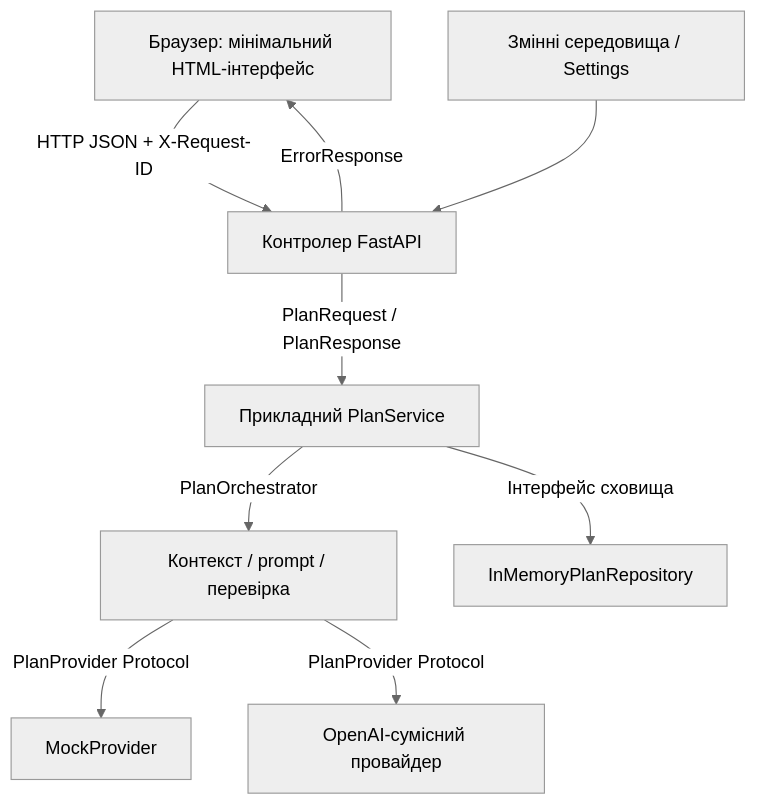
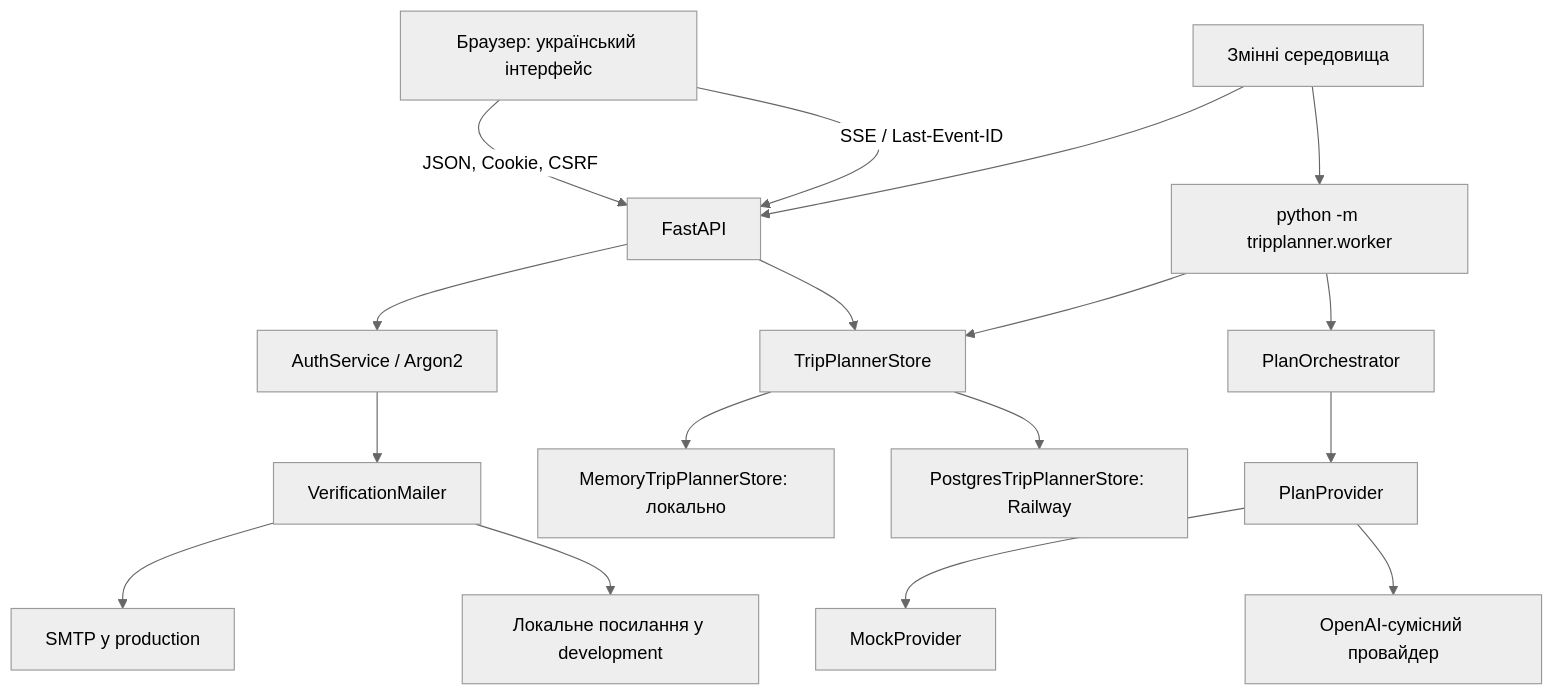
One commit to BobaBobus123/TripPlanner-AI changed the second of 2 diagrams in docs/architecture.md. Above: the diagram before and after it, drawn with Mermaid (neutral theme). The commit also changed other lines of this file and 30 other files, not shown here.

````diff
--- a/docs/architecture.md
+++ b/docs/architecture.md
@@ -18,11 +35,19 @@
 ```mermaid
 flowchart TB
-    Browser[Браузер: мінімальний HTML-інтерфейс] -->|HTTP JSON + X-Request-ID| API[Контролер FastAPI]
-    API -->|PlanRequest / PlanResponse| Service[Прикладний PlanService]
-    Service -->|PlanOrchestrator| Orchestrator[Контекст / prompt / перевірка]
-    Orchestrator -->|PlanProvider Protocol| Mock[MockProvider]
-    Orchestrator -->|PlanProvider Protocol| Compat[OpenAI-сумісний провайдер]
-    Service -->|Інтерфейс сховища| Memory[InMemoryPlanRepository]
-    Settings[Змінні середовища / Settings] --> API
-    API -->|ErrorResponse| Browser
+    Browser[Браузер: український інтерфейс] -->|JSON, Cookie, CSRF| API[FastAPI]
+    Browser -->|SSE / Last-Event-ID| API
+    API --> Auth[AuthService / Argon2]
+    Auth --> Mailer[VerificationMailer]
+    Mailer --> SMTP[SMTP у production]
+    Mailer --> DevLink[Локальне посилання у development]
+    API --> Store[TripPlannerStore]
+    Worker[python -m tripplanner.worker] --> Store
+    Store --> Memory[MemoryTripPlannerStore: локально]
+    Store --> Postgres[PostgresTripPlannerStore: Railway]
+    Worker --> Orchestrator[PlanOrchestrator]
+    Orchestrator --> Provider[PlanProvider]
+    Provider --> Mock[MockProvider]
+    Provider --> Compat[OpenAI-сумісний провайдер]
+    Settings[Змінні середовища] --> API
+    Settings --> Worker
 ```
````
